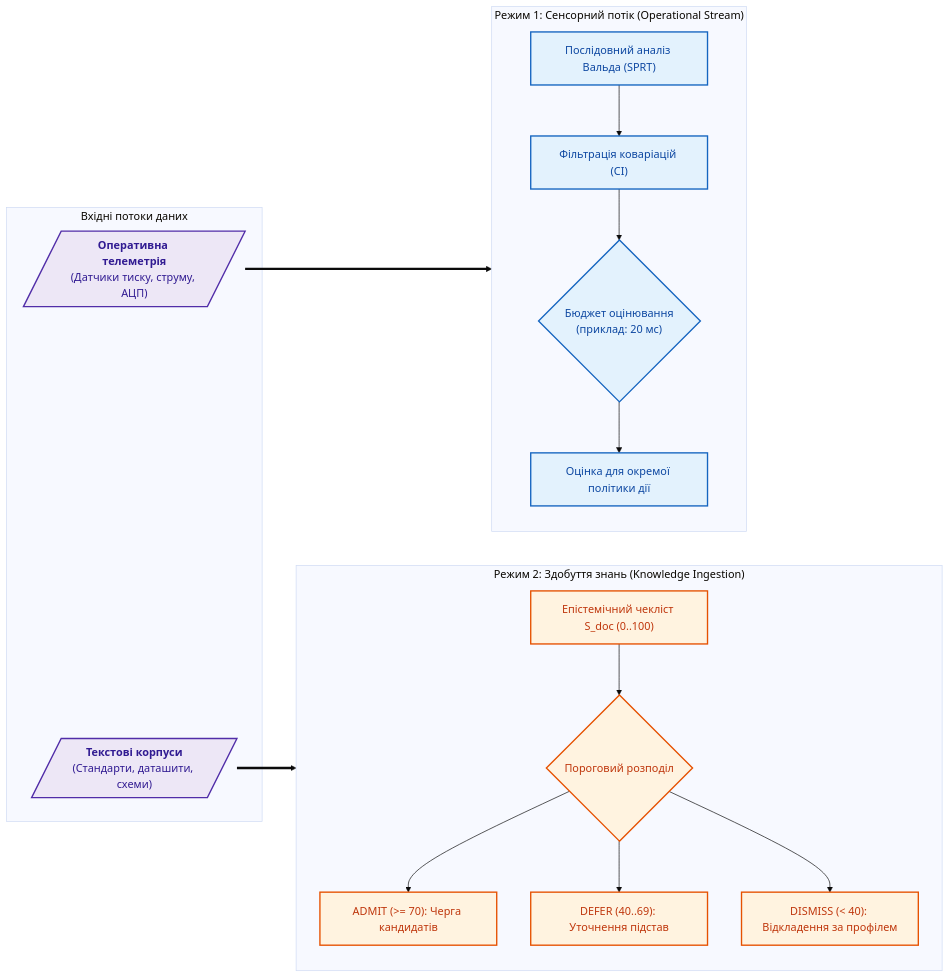
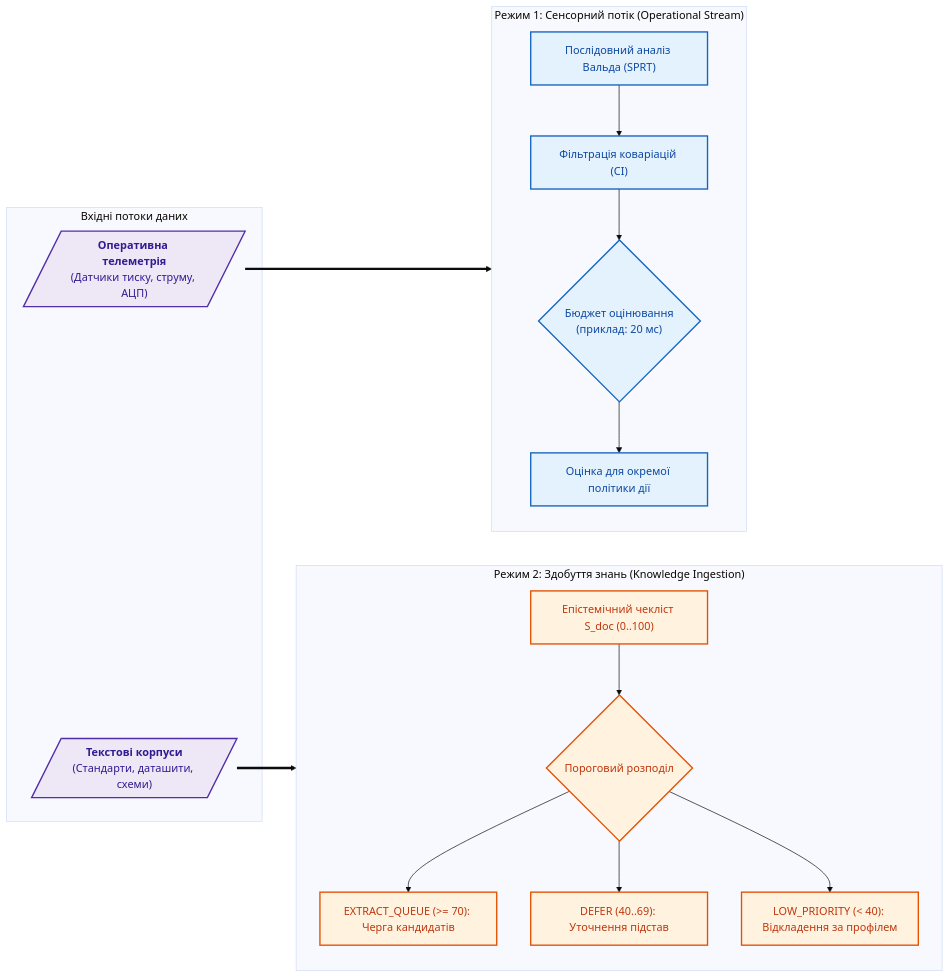
Before and after one commit to nick-fedchik/articles: the second of 6 diagrams in ExpertSystem/ch37-input-information-assessment-and-algorithmic-skepticism.md, drawn with Mermaid (base theme). The commit also changed other lines of this file and 43 other files, not shown here.

````diff
--- a/ExpertSystem/ch37-input-information-assessment-and-algorithmic-skepticism.md
+++ b/ExpertSystem/ch37-input-information-assessment-and-algorithmic-skepticism.md
@@ -405,45 +405,45 @@
 ```mermaid
 flowchart LR
     accTitle: Дуалізм вхідного оцінювання експертної системи
     accDescr: Розділення обробки на оперативну сенсорну телеметрію реального часу та семантичне здобуття знань із корпусів.
 
     subgraph Ingress["Вхідні потоки даних"]
         Telemetry[/"<b>Оперативна телеметрія</b><br/>(Датчики тиску, струму, АЦП)"/]
         Corpus[/"<b>Текстові корпуси</b><br/>(Стандарти, даташити, схеми)"/]
     end
 
     subgraph StreamEngine["Режим 1: Сенсорний потік (Operational Stream)"]
         direction TB
         SPRT["Послідовний аналіз Вальда (SPRT)"]
         CI["Фільтрація коваріацій (CI)"]
         FTTI{"Бюджет оцінювання<br/>(приклад: 20 мс)"}
         ActFast["Оцінка для окремої політики дії"]
         
         SPRT --> CI --> FTTI --> ActFast
     end
 
     subgraph IngestEngine["Режим 2: Здобуття знань (Knowledge Ingestion)"]
         direction TB
         Scorecard["Епістемічний чекліст S_doc (0..100)"]
         Gate{"Пороговий розподіл"}
-        Admit["ADMIT (>= 70): Черга кандидатів"]
+        Admit["EXTRACT_QUEUE (>= 70): Черга кандидатів"]
         Defer["DEFER (40..69): Уточнення підстав"]
-        Dismiss["DISMISS (< 40): Відкладення за профілем"]
+        Dismiss["LOW_PRIORITY (< 40): Відкладення за профілем"]
         
         Scorecard --> Gate
         Gate --> Admit
         Gate --> Defer
         Gate --> Dismiss
     end
 
     Telemetry ==> StreamEngine
     Corpus ==> IngestEngine
 
     classDef inStyle fill:#ede7f6,stroke:#512da8,stroke-width:2px,color:#311b92;
     classDef streamStyle fill:#e3f2fd,stroke:#1565c0,stroke-width:2px,color:#0d47a1;
     classDef ingestStyle fill:#fff3e0,stroke:#e65100,stroke-width:2px,color:#bf360c;
 
     class Telemetry,Corpus inStyle;
     class SPRT,CI,FTTI,ActFast streamStyle;
     class Scorecard,Gate,Admit,Defer,Dismiss ingestStyle;
 ```
````
